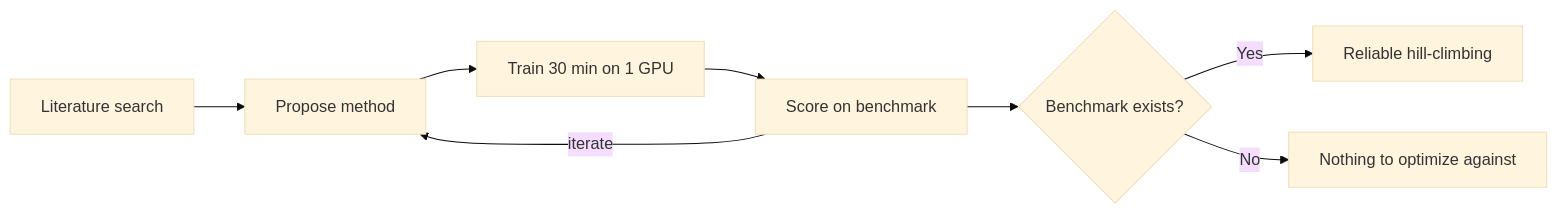
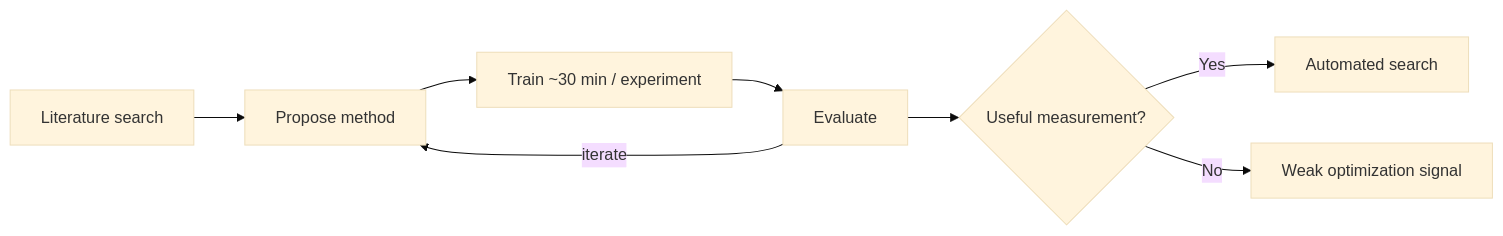
One commit to minwu-ai/minwu-ai.github.io changed the first of 2 diagrams in posts/unpublished/anthropic-s-automated-alignment-researcher-works-exactly-as-.md. Above: the diagram before and after it, drawn with Mermaid (base theme). The commit also changed other lines of this file, not shown here.

````diff
--- a/posts/unpublished/anthropic-s-automated-alignment-researcher-works-exactly-as-.md
+++ b/posts/unpublished/anthropic-s-automated-alignment-researcher-works-exactly-as-.md
@@ -23,10 +37,10 @@
 ```mermaid
 flowchart LR
     A[Literature search] --> B[Propose method]
-    B --> C[Train 30 min on 1 GPU]
-    C --> D[Score on benchmark]
+    B --> C[Train ~30 min / experiment]
+    C --> D[Evaluate]
     D -->|iterate| B
-    D --> E{Benchmark exists?}
-    E -->|Yes| F[Reliable hill-climbing]
-    E -->|No| G[Nothing to optimize against]
+    D --> E{Useful measurement?}
+    E -->|Yes| F[Automated search]
+    E -->|No| G[Weak optimization signal]
 ```
````
